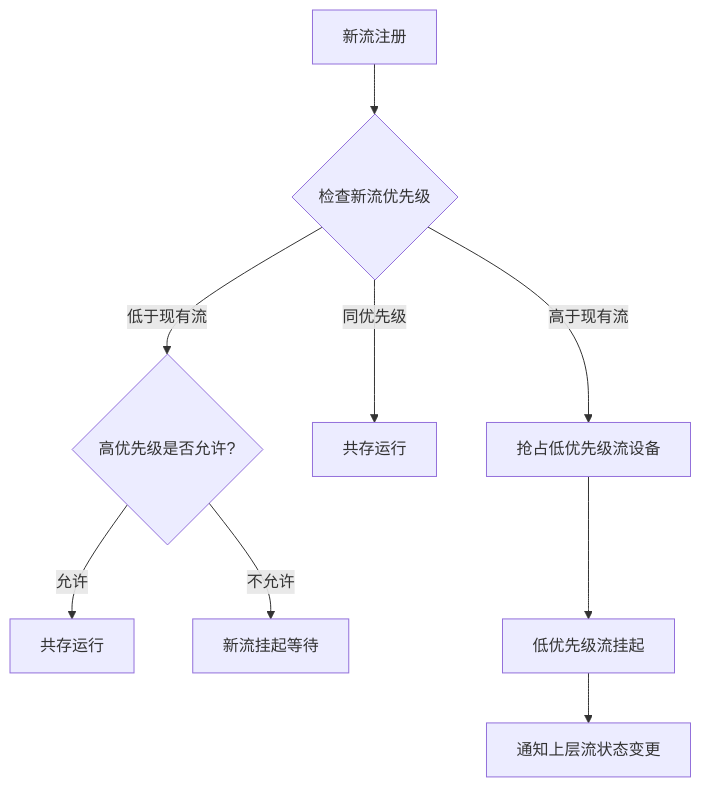
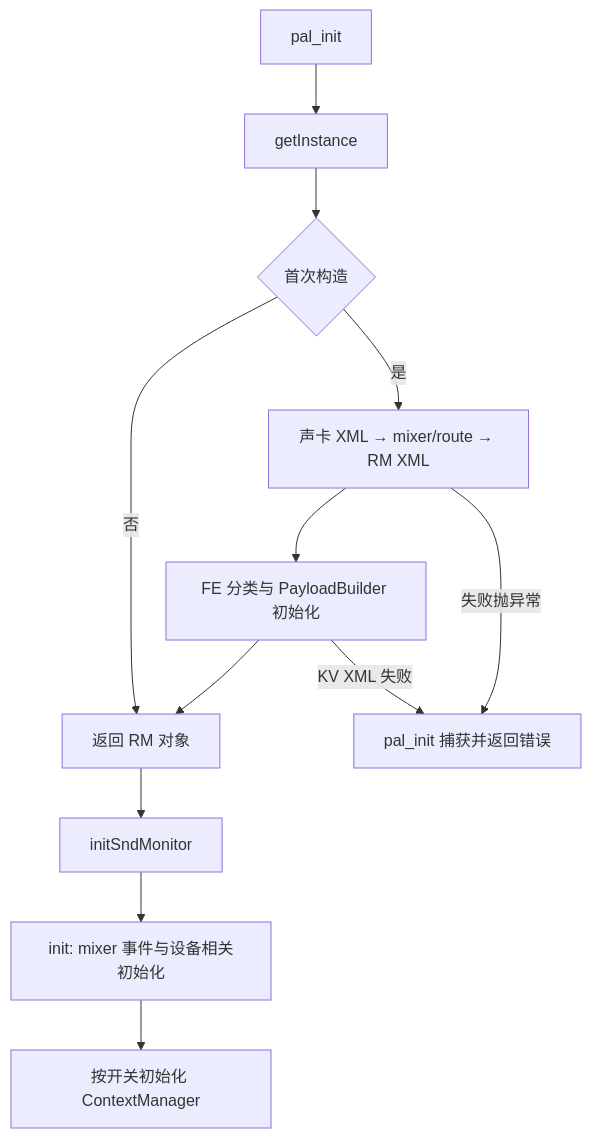
Before and after one commit to yanglinzhen1022/SA8295_AAOS_QNX_Audio_KnowledgeBase: the first of 2 diagrams in 15_PAL_Architecture/15_15.6_ResourceManager-PAL核心管理模块.md, drawn with Mermaid. The commit also changed other lines of this file and 7 other files, not shown here.

````diff
--- a/15_PAL_Architecture/15_15.6_ResourceManager-PAL核心管理模块.md
+++ b/15_PAL_Architecture/15_15.6_ResourceManager-PAL核心管理模块.md
@@ -340,11 +55,14 @@
 ```mermaid
-graph TB
-    NewStream[新流注册] --> CheckPriority{检查新流优先级}
-    CheckPriority -->|高于现有流| Preempt[抢占低优先级流设备]
-    CheckPriority -->|同优先级| Coexist[共存运行]
-    CheckPriority -->|低于现有流| Reject{高优先级是否允许?}
-    Reject -->|允许| Coexist2[共存运行]
-    Reject -->|不允许| Block[新流挂起等待]
-    Preempt --> Resume[低优先级流挂起]
-    Resume --> Notify[通知上层流状态变更]
+flowchart TD
+    A[pal_init] --> B[getInstance]
+    B --> C{首次构造}
+    C -->|是| D[声卡 XML → mixer/route → RM XML]
+    D --> E[FE 分类与 PayloadBuilder 初始化]
+    E --> F[返回 RM 对象]
+    C -->|否| F
+    F --> G[initSndMonitor]
+    G --> H[init: mixer 事件与设备相关初始化]
+    H --> I[按开关初始化 ContextManager]
+    D -->|失败抛异常| X[pal_init 捕获并返回错误]
+    E -->|KV XML 失败| X
 ```
````
